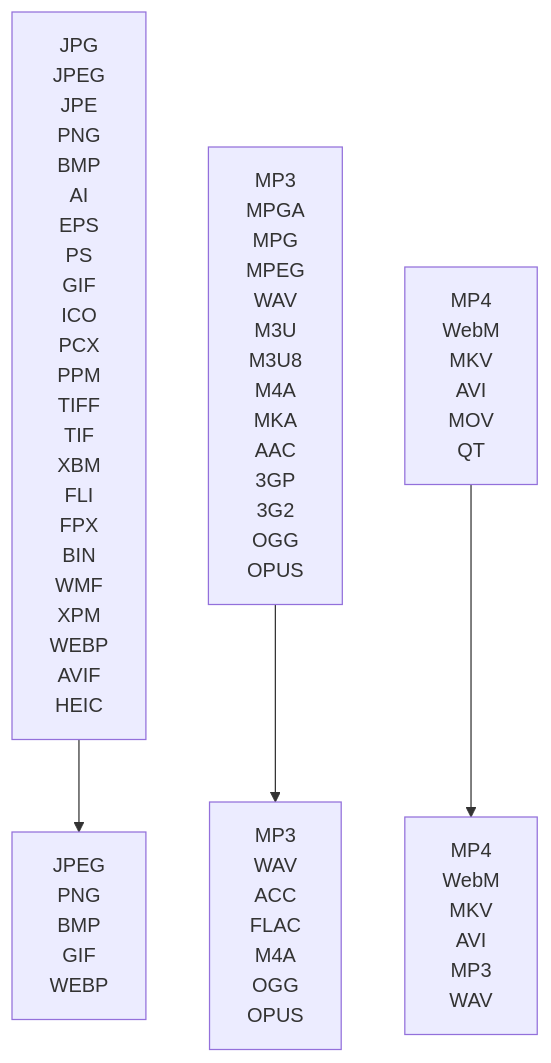
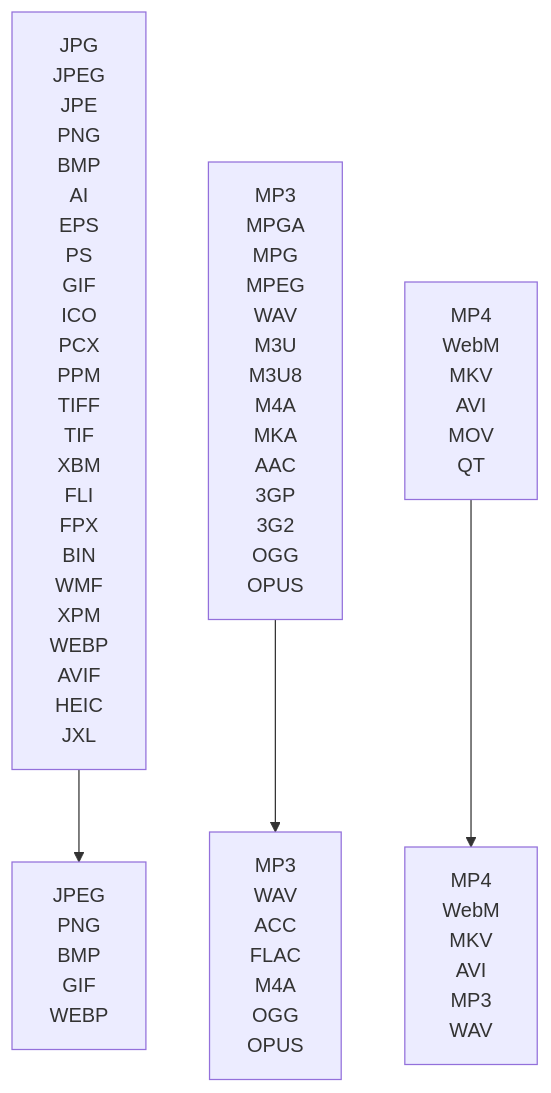
The diagram in README.md (Lich-Corals/linux-file-converter-addon), drawn with Mermaid before and after one commit. The commit also changed other lines of this file and 1 other file, not shown here.

Commit message:
Added jxl support.

````diff
--- a/README.md
+++ b/README.md
@@ -11,24 +11,24 @@
 ```mermaid
     flowchart TD
     A[Supported Image Files]
     B[Supported Audio Files]
     C[Supported Video Files]
     D[image]
     E[audio]
     F[video]
     
-    A["JPG<br/>JPEG<br/>JPE<br/>PNG<br/>BMP<br/>AI<br/>EPS<br/>PS<br/>GIF<br/>ICO<br/>PCX<br/>PPM<br/>TIFF<br/>TIF<br/>XBM<br/>FLI<br/>FPX<br/>BIN<br/>WMF<br/>XPM<br/>WEBP<br/>AVIF<br/>HEIC"]
+    A["JPG<br/>JPEG<br/>JPE<br/>PNG<br/>BMP<br/>AI<br/>EPS<br/>PS<br/>GIF<br/>ICO<br/>PCX<br/>PPM<br/>TIFF<br/>TIF<br/>XBM<br/>FLI<br/>FPX<br/>BIN<br/>WMF<br/>XPM<br/>WEBP<br/>AVIF<br/>HEIC<br/>JXL"]
     B["MP3<br/>MPGA<br/>MPG<br/>MPEG<br/>WAV<br/>M3U<br/>M3U8<br/>M4A<br/>MKA<br/>AAC<br/>3GP<br/>3G2<br/>OGG<br/>OPUS"]
     C["MP4<br/>WebM<br/>MKV<br/>AVI<br/>MOV<br/>QT"]
 
     D["JPEG<br/>PNG<br/>BMP<br/>GIF<br/>WEBP"]
     E["MP3<br/>WAV<br/>ACC<br/>FLAC<br/>M4A<br/>OGG<br/>OPUS"]
     F["MP4<br/>WebM<br/>MKV<br/>AVI<br/>MP3<br/>WAV"]
 
 
     
     A --> D
     B --> E
     C --> F
 
 ```
````
